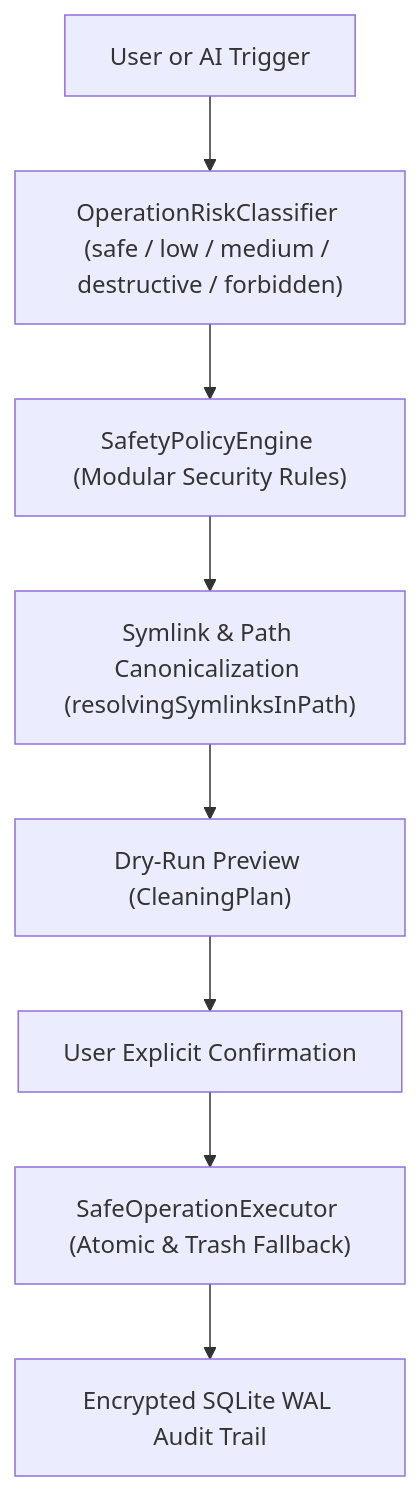
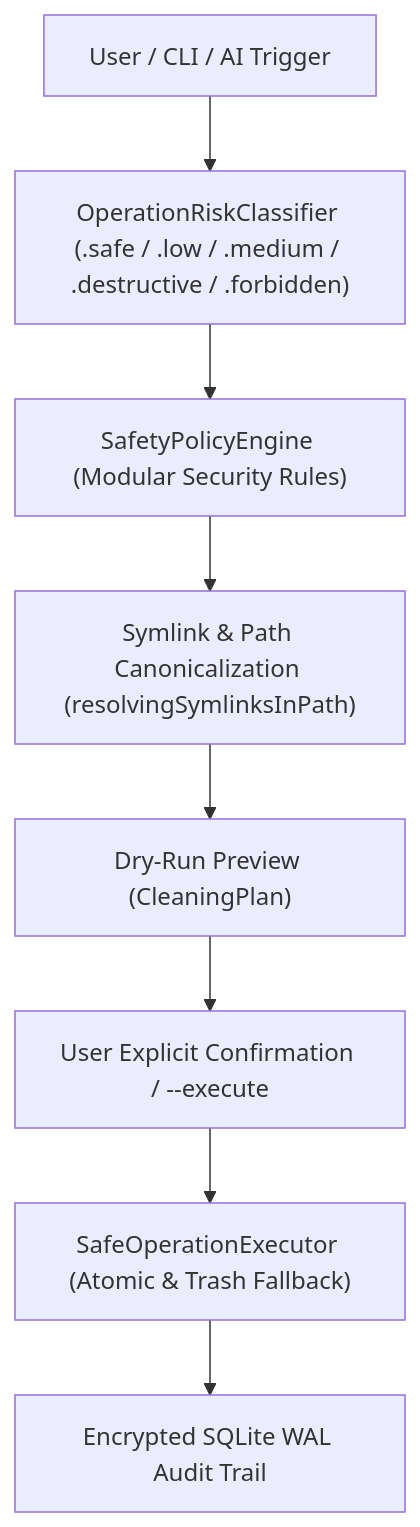
Before and after one commit to Codifya/MacOptimizer: the diagram in README.md, drawn with Mermaid. The commit also changed other lines of this file and 7 other files, not shown here.

````diff
--- a/README.md
+++ b/README.md
@@ -43,10 +48,10 @@
 ```mermaid
 graph TD
-    UserAction["User or AI Trigger"] --> Risk["OperationRiskClassifier (safe / low / medium / destructive / forbidden)"]
+    UserAction["User / CLI / AI Trigger"] --> Risk["OperationRiskClassifier (.safe / .low / .medium / .destructive / .forbidden)"]
     Risk --> Policy["SafetyPolicyEngine (Modular Security Rules)"]
     Policy --> Symlink["Symlink & Path Canonicalization (resolvingSymlinksInPath)"]
     Symlink --> DryRun["Dry-Run Preview (CleaningPlan)"]
-    DryRun --> Confirmation["User Explicit Confirmation"]
+    DryRun --> Confirmation["User Explicit Confirmation / --execute"]
     Confirmation --> Executor["SafeOperationExecutor (Atomic & Trash Fallback)"]
     Executor --> Audit["Encrypted SQLite WAL Audit Trail"]
 ```
````
